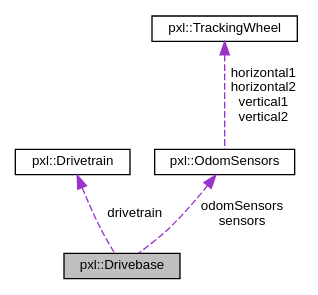
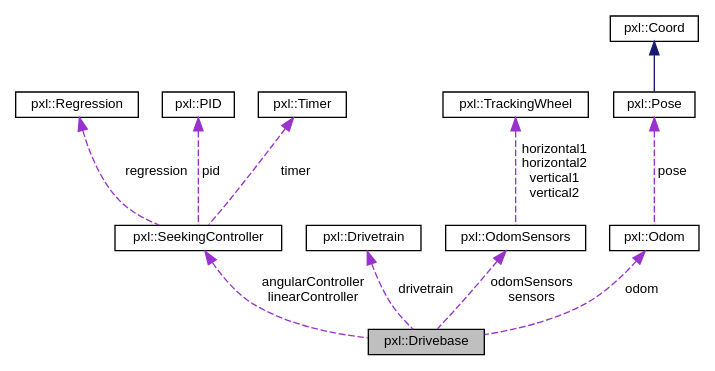
One commit to Pixel-Lib/Pixel changed the diagram in classpxl_1_1Drivebase__coll__graph.dot. Above: the diagram before and after it, drawn with Graphviz. The commit also changed 222 other files, not shown here.

```diff
--- a/classpxl_1_1Drivebase__coll__graph.dot
+++ b/classpxl_1_1Drivebase__coll__graph.dot
@@ -1,13 +1,27 @@
 digraph "pxl::Drivebase"
 {
  // LATEX_PDF_SIZE
   edge [fontname="Helvetica",fontsize="10",labelfontname="Helvetica",labelfontsize="10"];
   node [fontname="Helvetica",fontsize="10",shape=record];
   Node1 [label="pxl::Drivebase",height=0.2,width=0.4,color="black", fillcolor="grey75", style="filled", fontcolor="black",tooltip="The Drivebase class represents the base of a robot's drivetrain."];
-  Node2 -> Node1 [dir="back",color="darkorchid3",fontsize="10",style="dashed",label=" drivetrain" ,fontname="Helvetica"];
-  Node2 [label="pxl::Drivetrain",height=0.2,width=0.4,color="black", fillcolor="white", style="filled",URL="$classpxl_1_1Drivetrain.html",tooltip=" "];
-  Node3 -> Node1 [dir="back",color="darkorchid3",fontsize="10",style="dashed",label=" odomSensors\nsensors" ,fontname="Helvetica"];
-  Node3 [label="pxl::OdomSensors",height=0.2,width=0.4,color="black", fillcolor="white", style="filled",URL="$structpxl_1_1OdomSensors.html",tooltip=" "];
-  Node4 -> Node3 [dir="back",color="darkorchid3",fontsize="10",style="dashed",label=" horizontal1\nhorizontal2\nvertical1\nvertical2" ,fontname="Helvetica"];
-  Node4 [label="pxl::TrackingWheel",height=0.2,width=0.4,color="black", fillcolor="white", style="filled",URL="$classpxl_1_1TrackingWheel.html",tooltip="Represents a tracking wheel used for measuring distance traveled by a robot."];
+  Node2 -> Node1 [dir="back",color="darkorchid3",fontsize="10",style="dashed",label=" angularController\nlinearController" ,fontname="Helvetica"];
+  Node2 [label="pxl::SeekingController",height=0.2,width=0.4,color="black", fillcolor="white", style="filled",URL="$classpxl_1_1SeekingController.html",tooltip=" "];
+  Node3 -> Node2 [dir="back",color="darkorchid3",fontsize="10",style="dashed",label=" regression" ,fontname="Helvetica"];
+  Node3 [label="pxl::Regression",height=0.2,width=0.4,color="black", fillcolor="white", style="filled",URL="$classpxl_1_1Regression.html",tooltip=" "];
+  Node4 -> Node2 [dir="back",color="darkorchid3",fontsize="10",style="dashed",label=" pid" ,fontname="Helvetica"];
+  Node4 [label="pxl::PID",height=0.2,width=0.4,color="black", fillcolor="white", style="filled",URL="$classpxl_1_1PID.html",tooltip="A class representing a Proportional-Integral-Derivative (PID) controller."];
+  Node5 -> Node2 [dir="back",color="darkorchid3",fontsize="10",style="dashed",label=" timer" ,fontname="Helvetica"];
+  Node5 [label="pxl::Timer",height=0.2,width=0.4,color="black", fillcolor="white", style="filled",URL="$classpxl_1_1Timer.html",tooltip=" "];
+  Node6 -> Node1 [dir="back",color="darkorchid3",fontsize="10",style="dashed",label=" drivetrain" ,fontname="Helvetica"];
+  Node6 [label="pxl::Drivetrain",height=0.2,width=0.4,color="black", fillcolor="white", style="filled",URL="$classpxl_1_1Drivetrain.html",tooltip=" "];
+  Node7 -> Node1 [dir="back",color="darkorchid3",fontsize="10",style="dashed",label=" odomSensors\nsensors" ,fontname="Helvetica"];
+  Node7 [label="pxl::OdomSensors",height=0.2,width=0.4,color="black", fillcolor="white", style="filled",URL="$structpxl_1_1OdomSensors.html",tooltip=" "];
+  Node8 -> Node7 [dir="back",color="darkorchid3",fontsize="10",style="dashed",label=" horizontal1\nhorizontal2\nvertical1\nvertical2" ,fontname="Helvetica"];
+  Node8 [label="pxl::TrackingWheel",height=0.2,width=0.4,color="black", fillcolor="white", style="filled",URL="$classpxl_1_1TrackingWheel.html",tooltip="Represents a tracking wheel used for measuring distance traveled by a robot."];
+  Node9 -> Node1 [dir="back",color="darkorchid3",fontsize="10",style="dashed",label=" odom" ,fontname="Helvetica"];
+  Node9 [label="pxl::Odom",height=0.2,width=0.4,color="black", fillcolor="white", style="filled",URL="$classpxl_1_1Odom.html",tooltip="The Odom class represents an odometry system that tracks the robot's position and orientation."];
+  Node10 -> Node9 [dir="back",color="darkorchid3",fontsize="10",style="dashed",label=" pose" ,fontname="Helvetica"];
+  Node10 [label="pxl::Pose",height=0.2,width=0.4,color="black", fillcolor="white", style="filled",URL="$classpxl_1_1Pose.html",tooltip="The Pose class contains classes and functions related to (x, y, theta) coordinates."];
+  Node11 -> Node10 [dir="back",color="midnightblue",fontsize="10",style="solid",fontname="Helvetica"];
+  Node11 [label="pxl::Coord",height=0.2,width=0.4,color="black", fillcolor="white", style="filled",URL="$classpxl_1_1Coord.html",tooltip="Represents a coordinate in 2D space."];
 }
```
